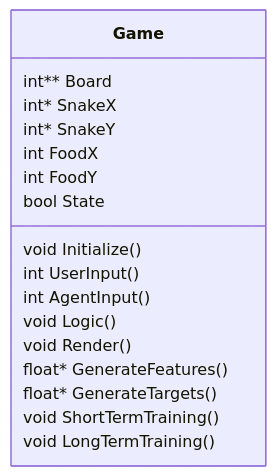
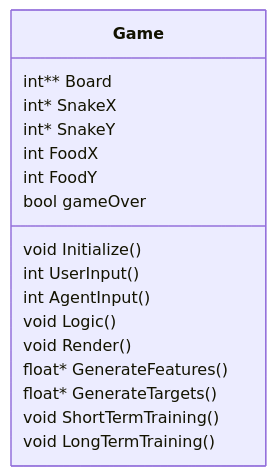
Before and after one commit to juan-esteban-berger/CUDA_Snake: the first of 4 diagrams in README.md, drawn with Mermaid. The commit also changed other lines of this file, not shown here.

````diff
--- a/README.md
+++ b/README.md
@@ -13,20 +13,20 @@
 ```mermaid
 classDiagram
     class Game {
         int** Board
         int* SnakeX
         int* SnakeY
         int FoodX
         int FoodY
-        bool State
+        bool gameOver
         void Initialize()
         int UserInput()
         int AgentInput()
         void Logic()
         void Render()
         float* GenerateFeatures()
         float* GenerateTargets()
         void ShortTermTraining()
         void LongTermTraining()
     }
 ```
````
